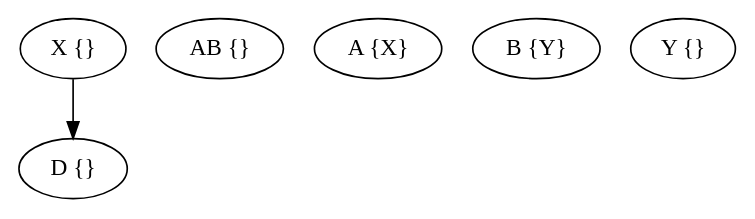
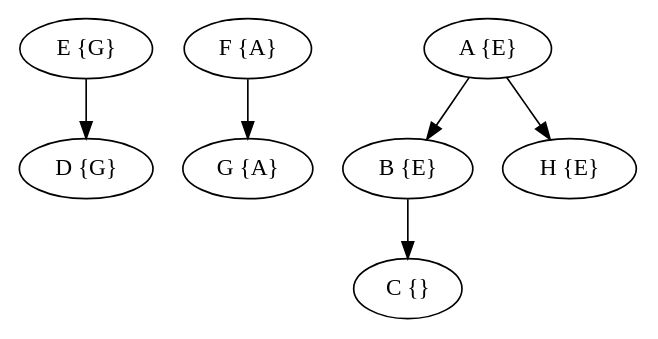
The diagram in output/grafo.dot (GiovA07/Pointer_Analysis), drawn with Graphviz before and after one commit. The commit also changed 3 other files, not shown here.

```diff
--- a/output/grafo.dot
+++ b/output/grafo.dot
@@ -1,10 +1,16 @@
 digraph{
 rankdir=TB;
-D [label="D {}"];
-AB [label="AB {}"];
-A [label="A {X}"];
-X [label="X {}"];
-B [label="B {Y}"];
-Y [label="Y {}"];
-X -> D;
+D [label="D {G}"];
+F [label="F {A}"];
+A [label="A {E}"];
+B [label="B {E}"];
+G [label="G {A}"];
+E [label="E {G}"];
+C [label="C {}"];
+H [label="H {E}"];
+F -> G;
+A -> B;
+A -> H;
+B -> C;
+E -> D;
 }
```
